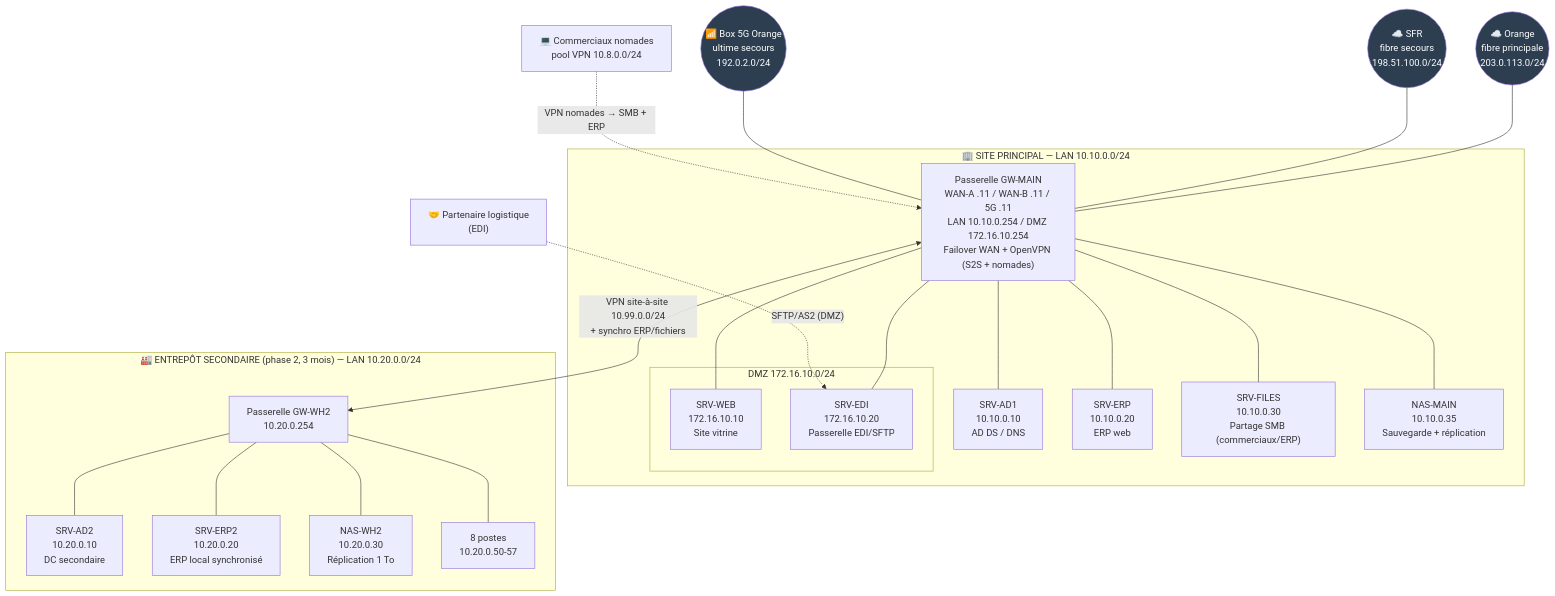
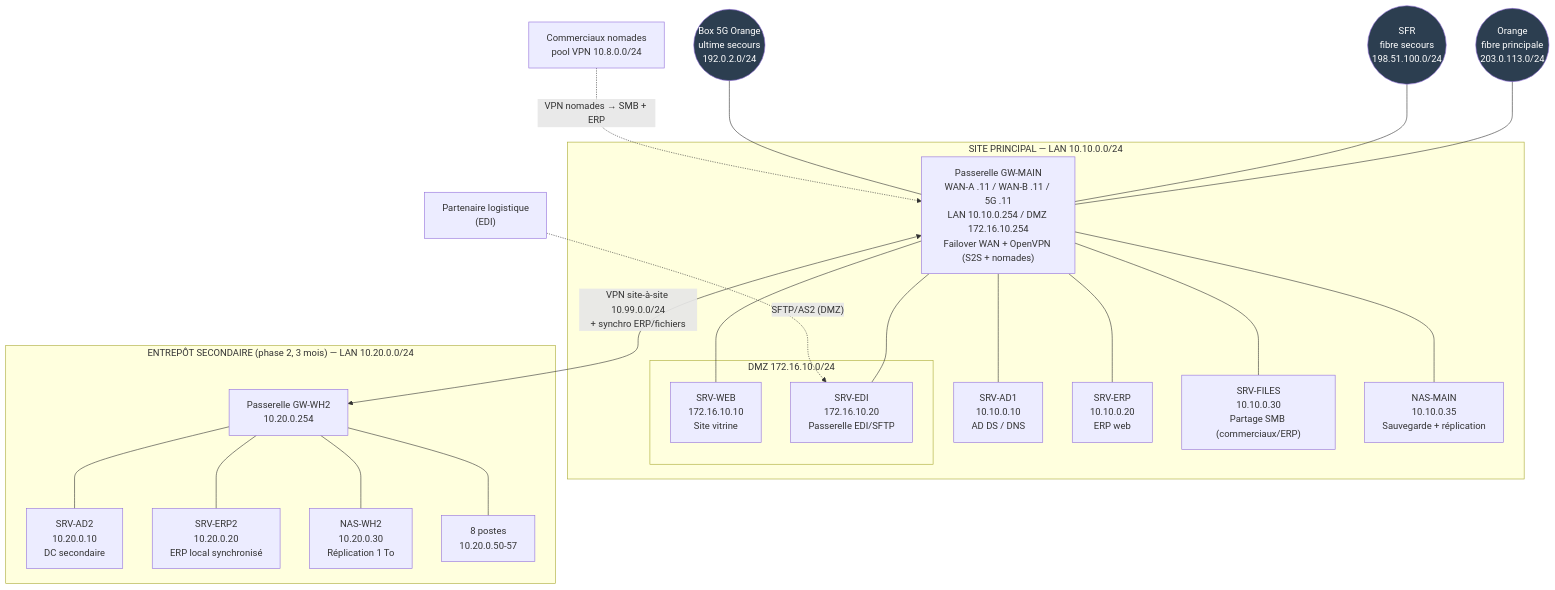
The first of 12 diagrams in README.md (Orka16/Airsolid-Groupe-4), drawn with Mermaid before and after one commit. The commit also changed other lines of this file, not shown here.

Commit message:
Fix formatting issues in README.md

````diff
--- a/README.md
+++ b/README.md
@@ -135,40 +135,40 @@
 ```mermaid
 flowchart TB
-    OPA(("☁️ Orange<br/>fibre principale<br/>203.0.113.0/24")):::net
-    OPB(("☁️ SFR<br/>fibre secours<br/>198.51.100.0/24")):::net
-    G5(("📶 Box 5G Orange<br/>ultime secours<br/>192.0.2.0/24")):::net
+    OPA((" Orange<br/>fibre principale<br/>203.0.113.0/24")):::net
+    OPB((" SFR<br/>fibre secours<br/>198.51.100.0/24")):::net
+    G5((" Box 5G Orange<br/>ultime secours<br/>192.0.2.0/24")):::net
 
-    subgraph MAIN["🏢 SITE PRINCIPAL — LAN 10.10.0.0/24"]
+    subgraph MAIN[" SITE PRINCIPAL — LAN 10.10.0.0/24"]
         GW["Passerelle GW-MAIN<br/>WAN-A .11 / WAN-B .11 / 5G .11<br/>LAN 10.10.0.254 / DMZ 172.16.10.254<br/>Failover WAN + OpenVPN (S2S + nomades)"]
         AD1["SRV-AD1<br/>10.10.0.10<br/>AD DS / DNS"]
         ERP["SRV-ERP<br/>10.10.0.20<br/>ERP web"]
         FILES["SRV-FILES<br/>10.10.0.30<br/>Partage SMB (commerciaux/ERP)"]
         NAS["NAS-MAIN<br/>10.10.0.35<br/>Sauvegarde + réplication"]
         subgraph DMZ["DMZ 172.16.10.0/24"]
             WEB["SRV-WEB<br/>172.16.10.10<br/>Site vitrine"]
             EDI["SRV-EDI<br/>172.16.10.20<br/>Passerelle EDI/SFTP"]
         end
     end
 
-    subgraph WH2["🏭 ENTREPÔT SECONDAIRE (phase 2, 3 mois) — LAN 10.20.0.0/24"]
+    subgraph WH2[" ENTREPÔT SECONDAIRE (phase 2, 3 mois) — LAN 10.20.0.0/24"]
         GW2["Passerelle GW-WH2<br/>10.20.0.254"]
         AD2["SRV-AD2<br/>10.20.0.10<br/>DC secondaire"]
         ERP2["SRV-ERP2<br/>10.20.0.20<br/>ERP local synchronisé"]
         NAS2["NAS-WH2<br/>10.20.0.30<br/>Réplication 1 To"]
         P["8 postes<br/>10.20.0.50-57"]
     end
 
-    NOM["💻 Commerciaux nomades<br/>pool VPN 10.8.0.0/24"]
-    PART["🤝 Partenaire logistique<br/>(EDI)"]
+    NOM[" Commerciaux nomades<br/>pool VPN 10.8.0.0/24"]
+    PART[" Partenaire logistique<br/>(EDI)"]
 
     OPA --- GW
     OPB --- GW
     G5 --- GW
     GW --- AD1 & ERP & FILES & NAS & WEB & EDI
     GW2 --- AD2 & ERP2 & NAS2 & P
     GW <-->|"VPN site-à-site 10.99.0.0/24<br/>+ synchro ERP/fichiers"| GW2
     NOM -.->|"VPN nomades → SMB + ERP"| GW
     PART -.->|"SFTP/AS2 (DMZ)"| EDI
 
     classDef net fill:#2c3e50,color:#fff;
 ```
````
